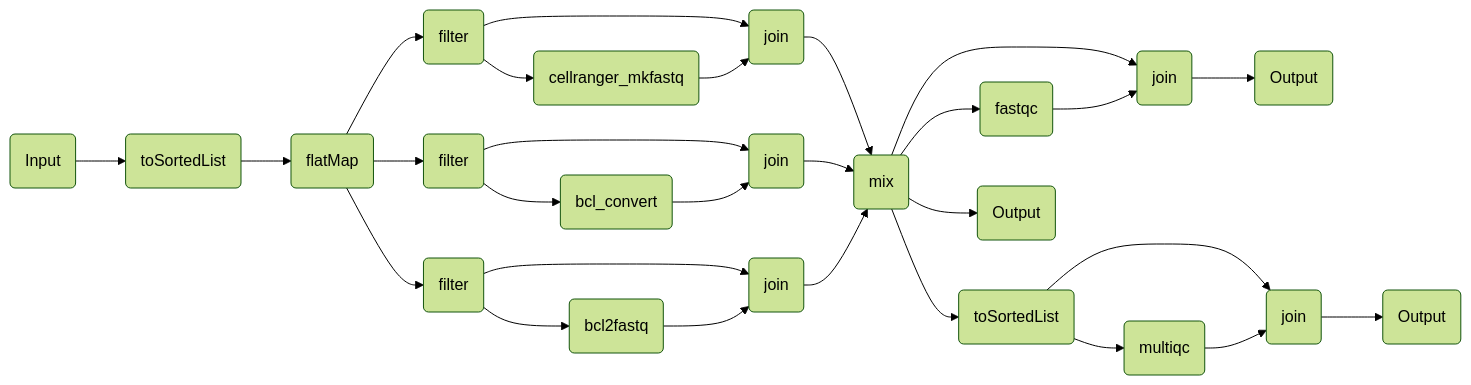
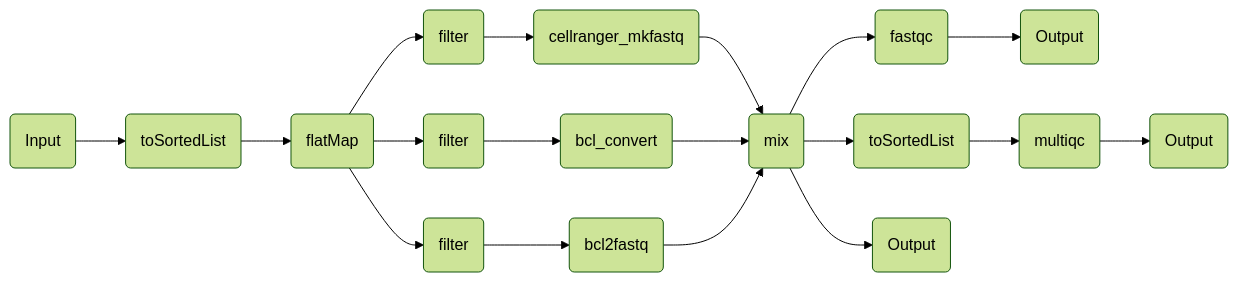
The diagram in components/workflows/ingestion/demux.qmd (openpipelines-bio/website), drawn with Mermaid (forest theme) before and after one commit. The commit also changed other lines of this file and 15 other files, not shown here.

````diff
--- a/components/workflows/ingestion/demux.qmd
+++ b/components/workflows/ingestion/demux.qmd
@@ -91,53 +96,38 @@
 ```{mermaid}
 %%| column: screen-inset-shaded
 flowchart LR
     p0(Input)
     p2(toSortedList)
     p4(flatMap)
     p5(filter)
-    p13(join)
     p11(cellranger_mkfastq)
     p35(mix)
     p15(filter)
-    p23(join)
     p21(bcl_convert)
     p25(filter)
-    p33(join)
     p31(bcl2fastq)
-    p44(join)
     p42(fastqc)
     p46(Output)
     p48(toSortedList)
-    p57(join)
     p55(multiqc)
     p59(Output)
     p63(Output)
     p4-->p5
     p4-->p15
     p4-->p25
     p0-->p2
     p2-->p4
-    p5-->p13
     p5-->p11
-    p11-->p13
-    p13-->p35
-    p15-->p23
+    p11-->p35
     p15-->p21
-    p21-->p23
-    p23-->p35
-    p25-->p33
+    p21-->p35
     p25-->p31
-    p31-->p33
-    p33-->p35
-    p35-->p44
+    p31-->p35
     p35-->p42
-    p42-->p44
-    p44-->p46
+    p42-->p46
     p35-->p48
-    p48-->p57
     p48-->p55
-    p55-->p57
-    p57-->p59
+    p55-->p59
     p35-->p63
 
 ```
````
